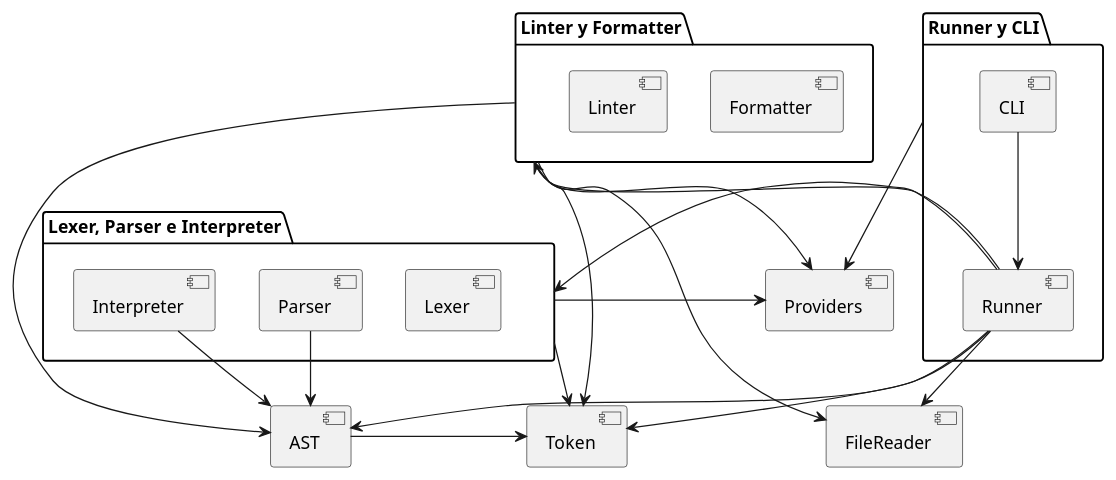
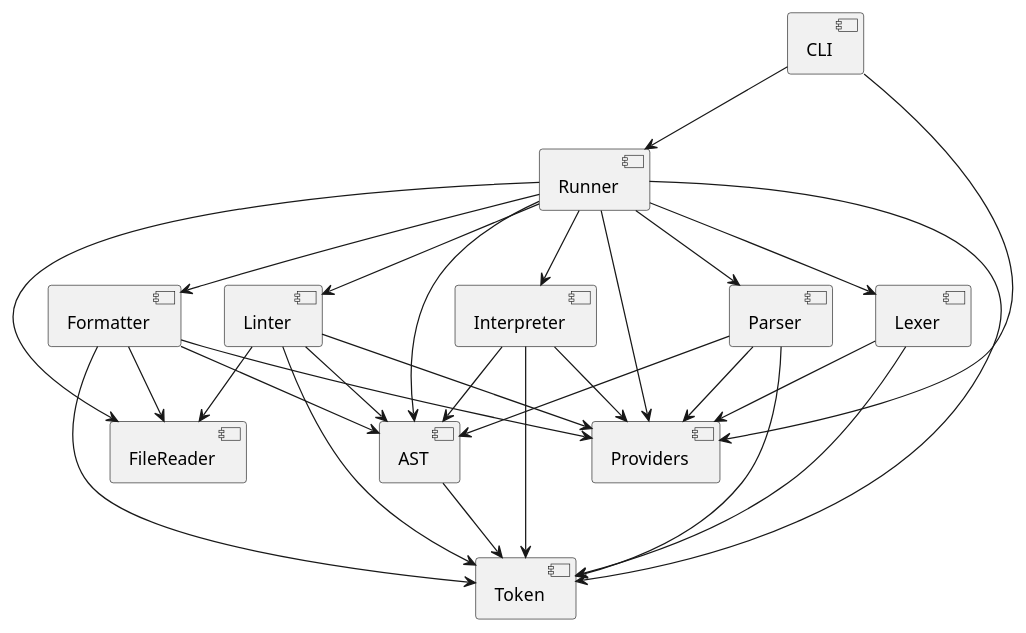
One commit to ingsis-group-11/printScript changed the diagram in Modules.puml. Above: the diagram before and after it, drawn with PlantUML. The commit also changed 2 other files, not shown here.

Commit message:
Linter Refactor

```diff
--- a/Modules.puml
+++ b/Modules.puml
@@ -1,61 +1,62 @@
 @startuml
 
-' Definir los componentes
 component Token
 component FileReader
 component Providers
-component AST
 
-package "Lexer, Parser e Interpreter" {
-    component Lexer {
-    }
-
-    component Parser {
-        [Parser] --> AST
-    }
-
-    component Interpreter {
-        [Interpreter] --> AST
-    }
+component AST {
+    [AST] --> Token
 }
 
-package "Linter y Formatter" {
-    component Formatter {
-    }
-
-    component Linter {
-    }
+component Parser {
+    [Parser] --> Token
+    [Parser] --> AST
+    [Parser] --> Providers
 }
 
-package "Runner y CLI" {
-    component Runner {
-        [Runner] -down-> Token
-        [Runner] -down-> AST
-        [Runner] --> "Lexer, Parser e Interpreter"
-        [Runner] -up-> "Linter y Formatter"
-        [Runner] --> FileReader
-    }
-
-    component CLI {
-        [CLI] --> Runner
-    }
+component Lexer {
+    [Lexer] --> Token
+    [Lexer] --> Providers
 }
 
-component AST {
-    [AST] -> Token
+component Formatter {
+    [Formatter] --> Token
+    [Formatter] --> AST
+    [Formatter] --> FileReader
+    [Formatter] --> Providers
 }
 
-"Lexer, Parser e Interpreter" -down-> Token
-"Lexer, Parser e Interpreter" --> Providers
-"Linter y Formatter" -down-> Token
-"Linter y Formatter" --> FileReader
-"Linter y Formatter" --> AST
-"Linter y Formatter" --> Providers
-Providers <-- "Runner y CLI"
+component Interpreter {
+    [Interpreter] --> AST
+    [Interpreter] --> Token
+    [Interpreter] --> Providers
+}
 
+component Linter {
+    [Linter] --> Token
+    [Linter] --> AST
+    [Linter] --> FileReader
+    [Linter] --> Providers
+}
 
-' Organizar el layout
+component Runner {
+    [Runner] --> Token
+    [Runner] --> AST
+    [Runner] --> Lexer
+    [Runner] --> Parser
+    [Runner] --> Interpreter
+    [Runner] --> Formatter
+    [Runner] --> FileReader
+    [Runner] --> Providers
+    [Runner] --> Linter
+}
+
+component CLI {
+    [CLI] --> Runner
+    [CLI] --> Providers
+}
+
 left to right direction
 top to bottom direction
 
 @enduml
```
